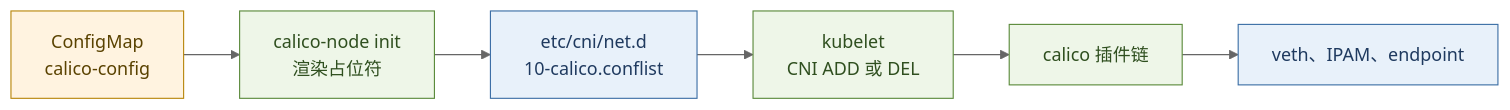
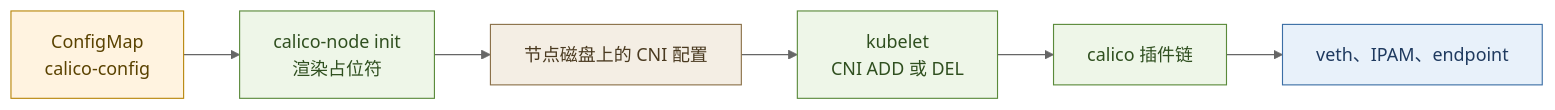
One commit to xiaxinyu/knowledge_base changed the third of 8 diagrams in 20-architecture/24-calico-l3-dataplane-treatise.md. Above: the diagram before and after it, drawn with Mermaid (neutral theme). The commit also changed other lines of this file and 2 other files, not shown here.

````diff
--- a/20-architecture/24-calico-l3-dataplane-treatise.md
+++ b/20-architecture/24-calico-l3-dataplane-treatise.md
@@ -204,15 +210,16 @@
 ```mermaid
 flowchart LR
   classDef store fill:#fff3e0,stroke:#b8860b,color:#5a4200
   classDef proc fill:#eef6e8,stroke:#5a8a3a,color:#2f4f1f
+  classDef disk fill:#f4eee4,stroke:#8a7048,color:#4a3a20
   classDef dplane fill:#e8f1fa,stroke:#3b6ea5,color:#1f3a5f
 
   CM["ConfigMap<br>calico-config"]:::store
   Init["calico-node init<br>渲染占位符"]:::proc
-  Disk["etc/cni/net.d<br>10-calico.conflist"]:::dplane
+  Disk["节点磁盘上的 CNI 配置"]:::disk
   KL["kubelet<br>CNI ADD 或 DEL"]:::proc
   Plug["calico 插件链"]:::proc
   NetObj["veth、IPAM、endpoint"]:::dplane
 
   CM --> Init --> Disk --> KL --> Plug --> NetObj
 ```
````
